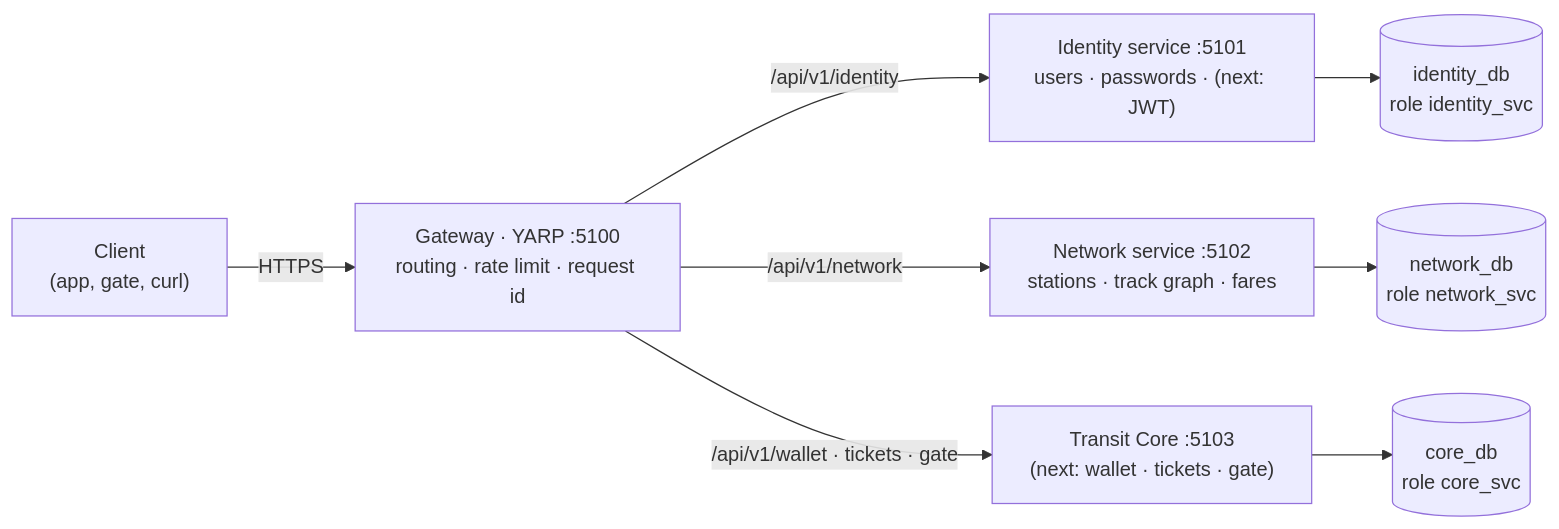
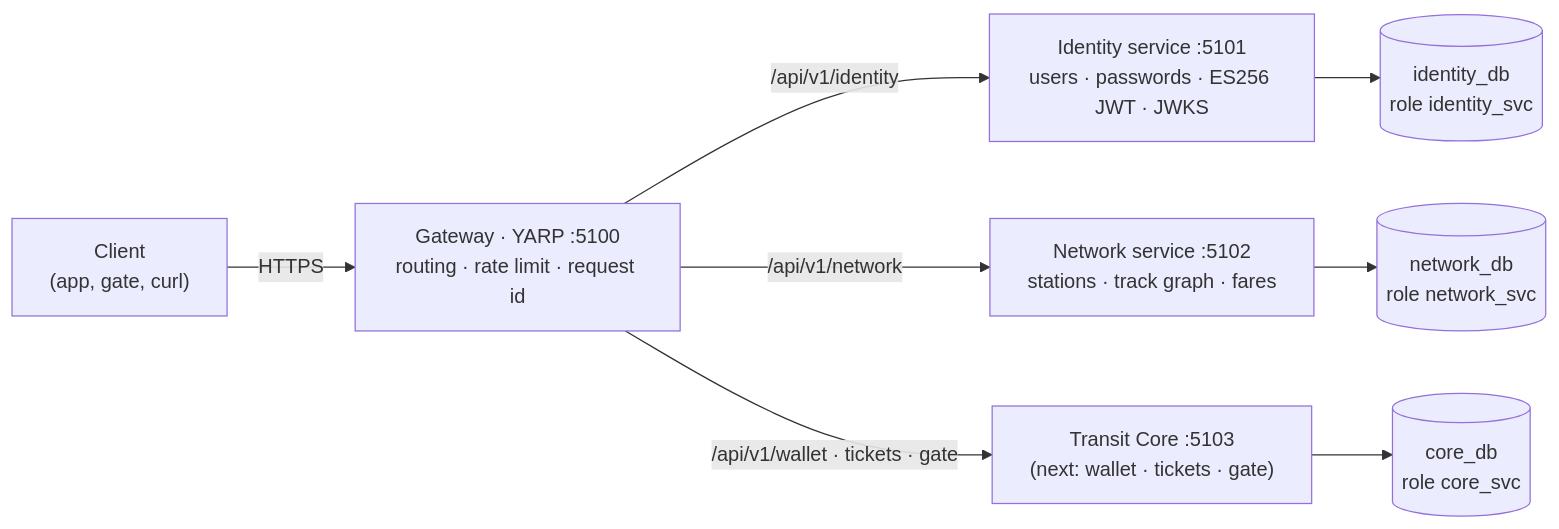
The first of 2 diagrams in README.md (istiak133/transit-pass), drawn with Mermaid before and after one commit. The commit also changed other lines of this file and 14 other files, not shown here.

First line of the commit message:
feat(identity): login with ES256 JWT and JWKS (#11)

````diff
--- a/README.md
+++ b/README.md
@@ -76,10 +80,10 @@
 ```mermaid
 flowchart LR
     C["Client<br/>(app, gate, curl)"] -->|HTTPS| G["Gateway · YARP :5100<br/>routing · rate limit · request id"]
-    G -->|/api/v1/identity| I["Identity service :5101<br/>users · passwords · (next: JWT)"]
+    G -->|/api/v1/identity| I["Identity service :5101<br/>users · passwords · ES256 JWT · JWKS"]
     G -->|/api/v1/network| N["Network service :5102<br/>stations · track graph · fares"]
     G -->|/api/v1/wallet · tickets · gate| T["Transit Core :5103<br/>(next: wallet · tickets · gate)"]
     I --> IDB[("identity_db<br/>role identity_svc")]
     N --> NDB[("network_db<br/>role network_svc")]
     T --> CDB[("core_db<br/>role core_svc")]
 ```
````
